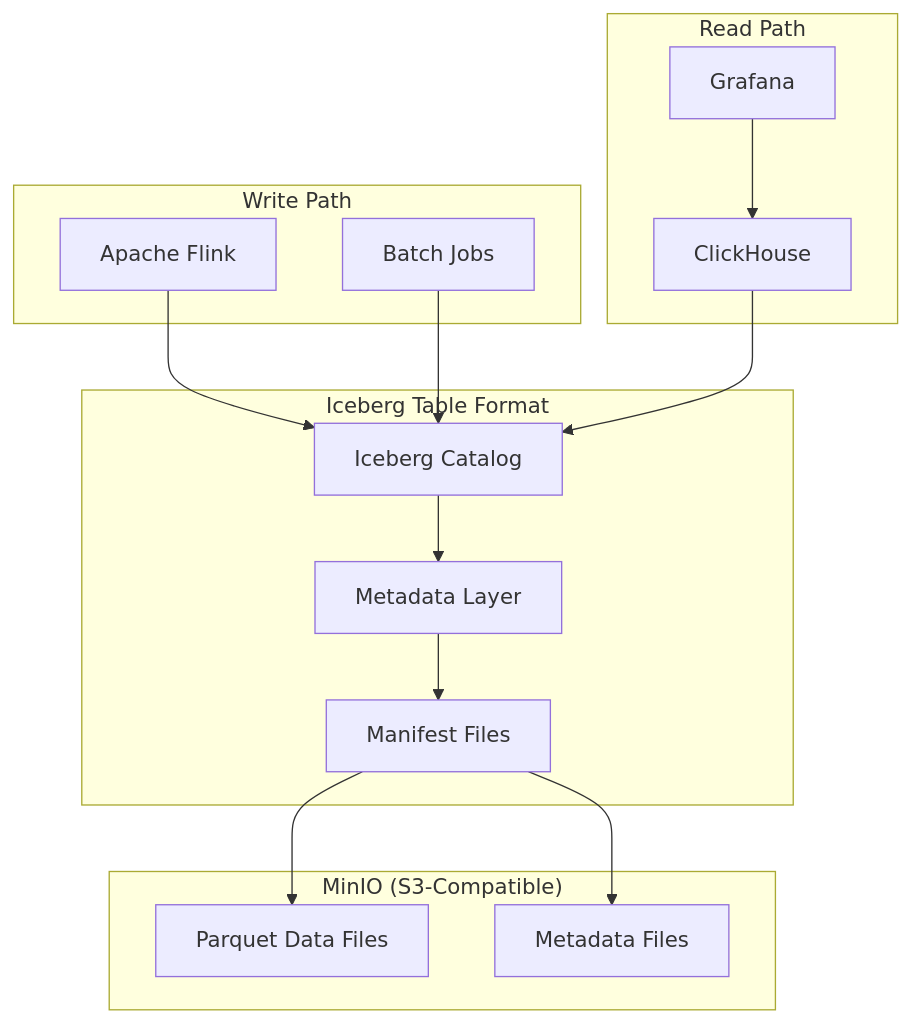
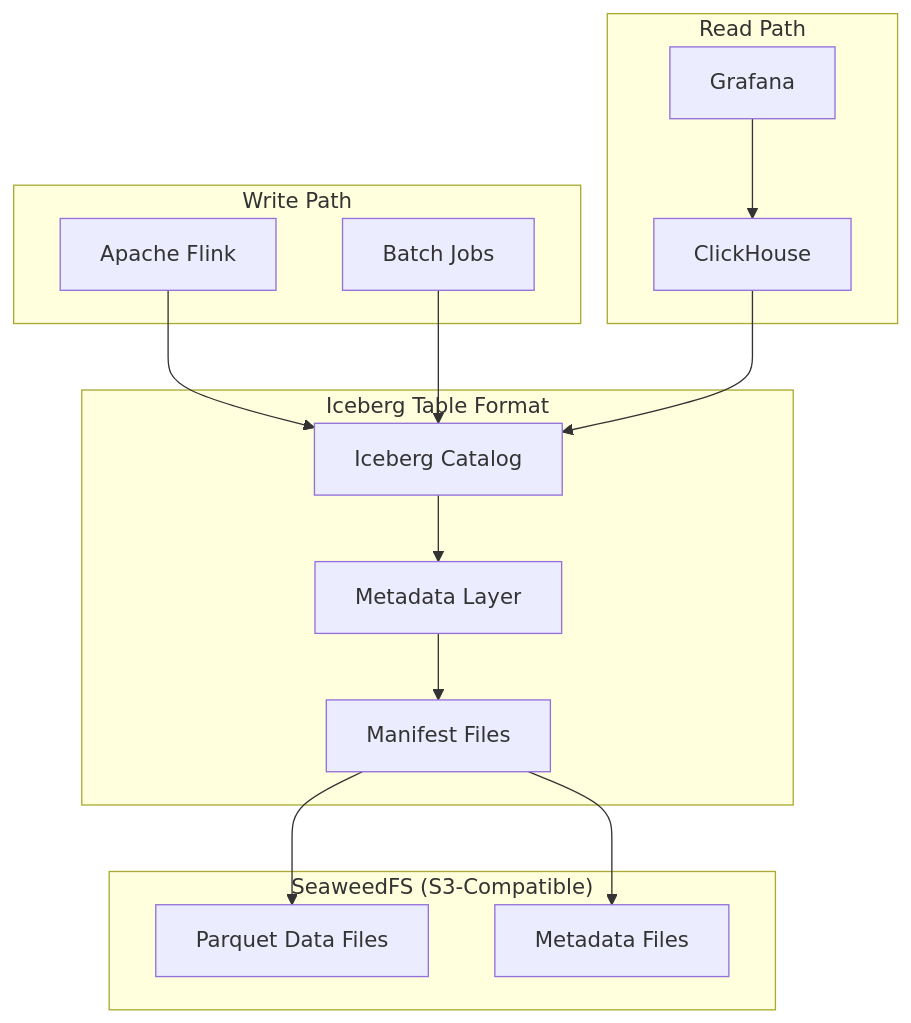
The diagram in platform/iceberg/README.md (openova-io/openova), drawn with Mermaid before and after one commit. The commit also changed other lines of this file and 31 other files, not shown here.

First line of the commit message:
docs(seaweedfs+guacamole): replace MinIO with SeaweedFS as unified S3 encapsulation; add Guacamole to bp-relay

````diff
--- a/platform/iceberg/README.md
+++ b/platform/iceberg/README.md
@@ -21,32 +21,32 @@
 ```mermaid
 flowchart TB
     subgraph Writers["Write Path"]
         Flink[Apache Flink]
         Batch[Batch Jobs]
     end
 
     subgraph Iceberg["Iceberg Table Format"]
         Catalog[Iceberg Catalog]
         Metadata[Metadata Layer]
         Manifests[Manifest Files]
     end
 
-    subgraph Storage["MinIO (S3-Compatible)"]
+    subgraph Storage["SeaweedFS (S3-Compatible)"]
         Parquet[Parquet Data Files]
         Meta[Metadata Files]
     end
 
     subgraph Readers["Read Path"]
         CH[ClickHouse]
         Grafana[Grafana]
     end
 
     Flink --> Catalog
     Batch --> Catalog
     Catalog --> Metadata
     Metadata --> Manifests
     Manifests --> Parquet
     Manifests --> Meta
     CH --> Catalog
     Grafana --> CH
 ```
````
